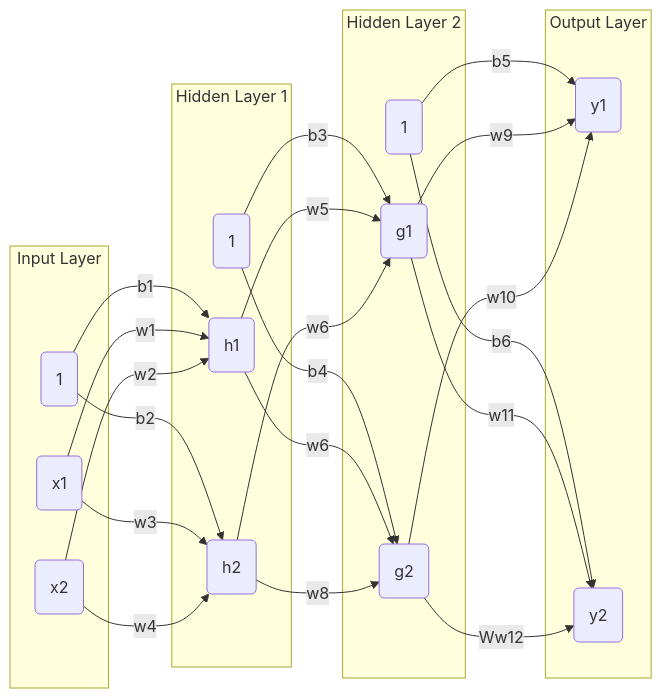
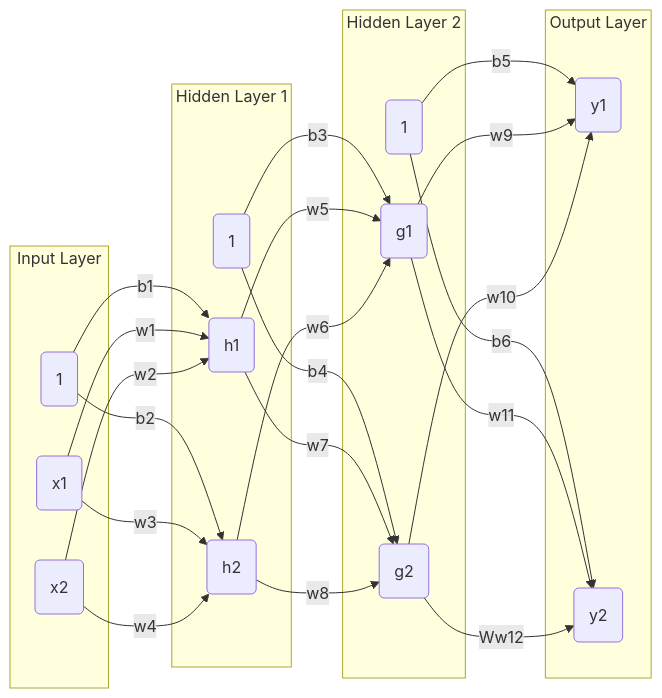
The fourth of 4 diagrams in README.md (juan-esteban-berger/CUDA_Snake), drawn with Mermaid before and after one commit. The commit also changed other lines of this file, not shown here.

````diff
--- a/README.md
+++ b/README.md
@@ -145,51 +145,51 @@
 ```mermaid
 graph LR
    subgraph Input Layer
        I1(1)
        I2(x1)
        I3(x2)
    end
 
    subgraph Hidden Layer 1
        H1(1)
        H2(h1)
        H3(h2)
    end
 
    subgraph Hidden Layer 2
        H4(1)
        H5(g1)
        H6(g2)
    end
 
    subgraph Output Layer
        O1(y1)
        O2(y2)
 
    end
 
 
    I1 -->|b1| H2
    I2 -->|w1| H2
    I3 -->|w2| H2
    
    I1 -->|b2| H3
    I2 -->|w3| H3
    I3 -->|w4| H3
 
    H1 -->|b3| H5
    H2 -->|w5| H5
    H3 -->|w6| H5
 
    H1 -->|b4| H6
-   H2 -->|w6| H6
+   H2 -->|w7| H6
    H3 -->|w8| H6
 
    H4 -->|b5| O1
    H5 -->|w9| O1
    H6 -->|w10| O1
    
    H4 -->|b6| O2
    H5 -->|w11| O2
    H6 -->|Ww12| O2
 ```
````
